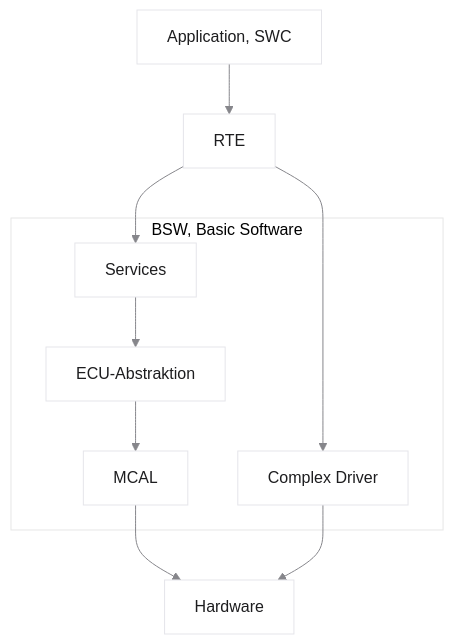
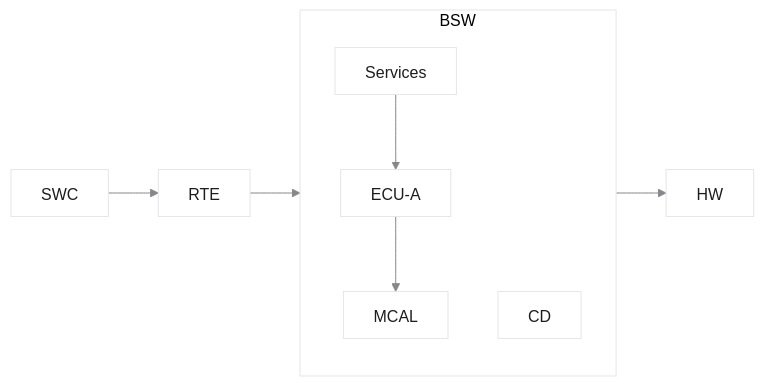
The fifth of 8 diagrams in vorlesungen/09_capstone-architekturmuster.qmd (dantschi/echtzeitsysteme), drawn with Mermaid before and after one commit. The commit also changed other lines of this file and 12 other files, not shown here.

````diff
--- a/vorlesungen/09_capstone-architekturmuster.qmd
+++ b/vorlesungen/09_capstone-architekturmuster.qmd
@@ -353,18 +374,12 @@
 ```{mermaid}
-%%| fig-width: 8.8
-%%{init: {'theme': 'base', 'themeVariables': {'background': '#FFFFFF', 'primaryColor': '#FFFFFF', 'primaryBorderColor': '#E5E5EA', 'primaryTextColor': '#1D1D1F', 'lineColor': '#86868B'}}}%%
-flowchart TB
-  APP["Application, SWC"] --> RTE["RTE"]
-  subgraph BSW["BSW, Basic Software"]
-    SVC["Services"]
-    ECUA["ECU-Abstraktion"]
-    MCAL["MCAL"]
-    CD["Complex Driver"]
-  end
-  RTE --> SVC
-  SVC --> ECUA
-  ECUA --> MCAL
-  MCAL --> HW["Hardware"]
-  CD --> HW
-  RTE --> CD
+%%| fig-width: 5.4
+%%{init: {'theme':'base','htmlLabels':false,'flowchart':{'htmlLabels':false},'themeVariables':{'background':'#FFFFFF','primaryColor':'#FFFFFF','primaryBorderColor':'#E5E5EA','primaryTextColor':'#1D1D1F','lineColor':'#86868B'}}}%%
+flowchart LR
+ A["SWC"] --> R["RTE"] --> B
+ subgraph B["BSW"]
+ direction TB
+ S["Services"] --> E["ECU-A"] --> M["MCAL"]
+ C["CD"]
+ end
+ B --> H["HW"]
 ```
````
